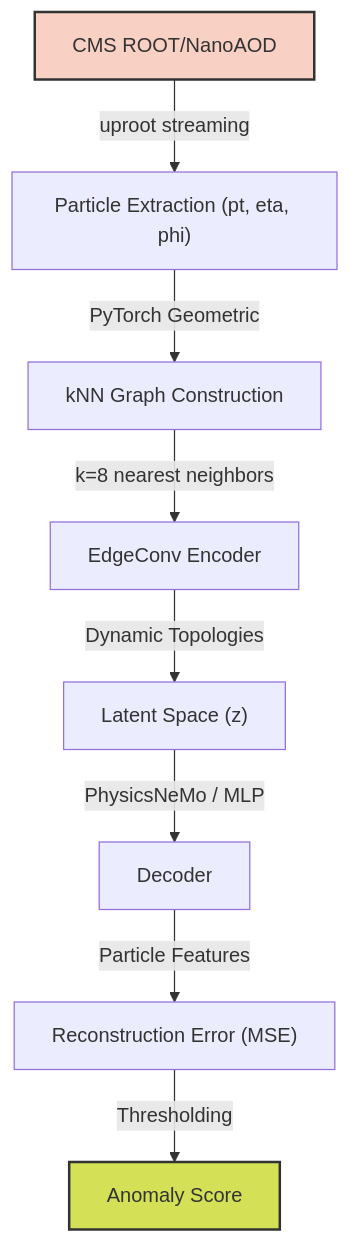
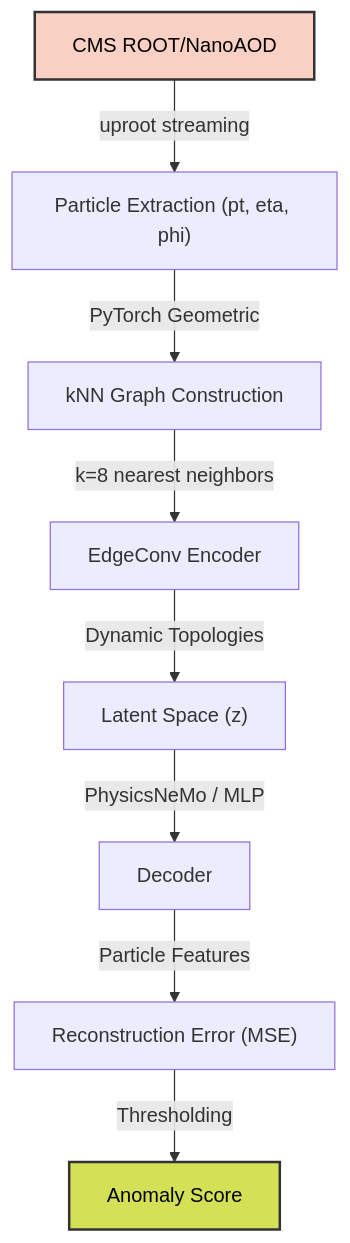
One commit to ABHISHEK1139/CERN-AI-HEP changed the diagram in README.md. Above: the diagram before and after it, drawn with Mermaid. The commit also changed 2 other files, not shown here.

Commit message:
fix: adjust text color inside Mermaid diagram nodes for better readability in dark mode

````diff
--- a/README.md
+++ b/README.md
@@ -32,13 +32,13 @@
 ```mermaid
 graph TD
     A["CMS ROOT/NanoAOD"] -->|"uproot streaming"| B["Particle Extraction (pt, eta, phi)"]
     B -->|"PyTorch Geometric"| C["kNN Graph Construction"]
     C -->|"k=8 nearest neighbors"| D["EdgeConv Encoder"]
     D -->|"Dynamic Topologies"| E["Latent Space (z)"]
     E -->|"PhysicsNeMo / MLP"| F["Decoder"]
     F -->|"Particle Features"| G["Reconstruction Error (MSE)"]
     G -->|"Thresholding"| H["Anomaly Score"]
     
-    style A fill:#f9d0c4,stroke:#333,stroke-width:2px
-    style H fill:#d4e157,stroke:#333,stroke-width:2px
+    style A fill:#f9d0c4,stroke:#333,stroke-width:2px,color:#000
+    style H fill:#d4e157,stroke:#333,stroke-width:2px,color:#000
 ```
````
